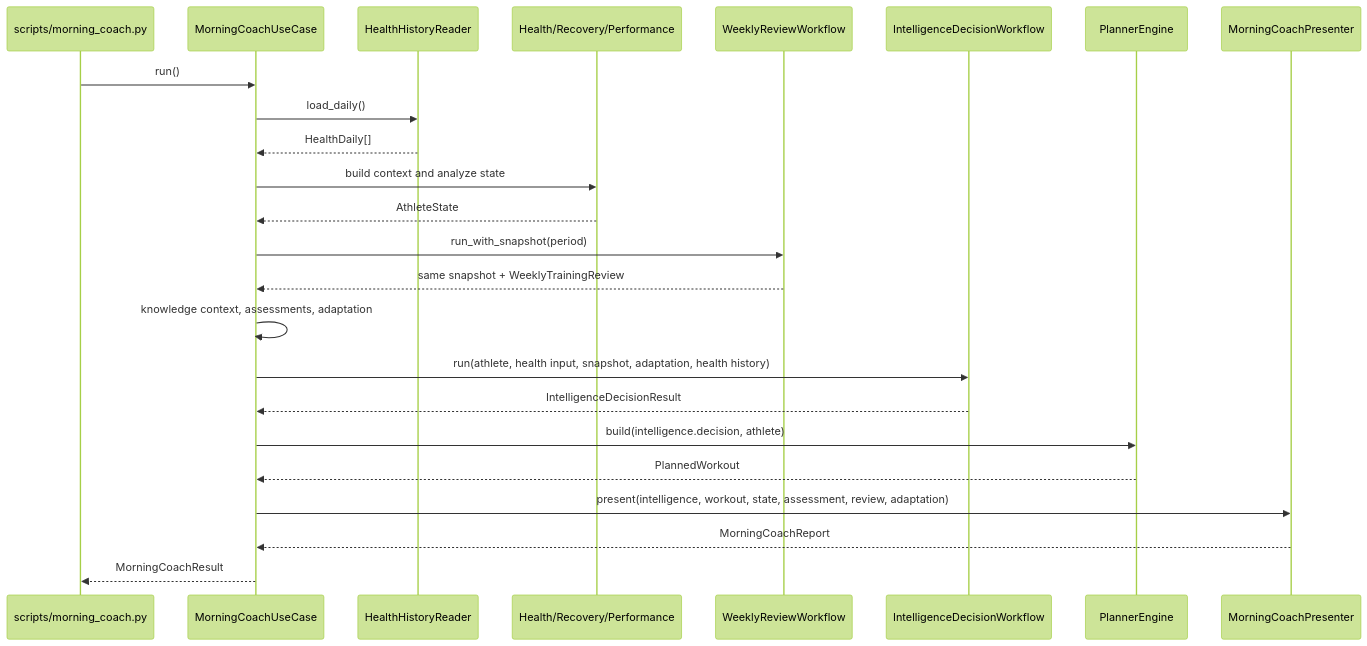
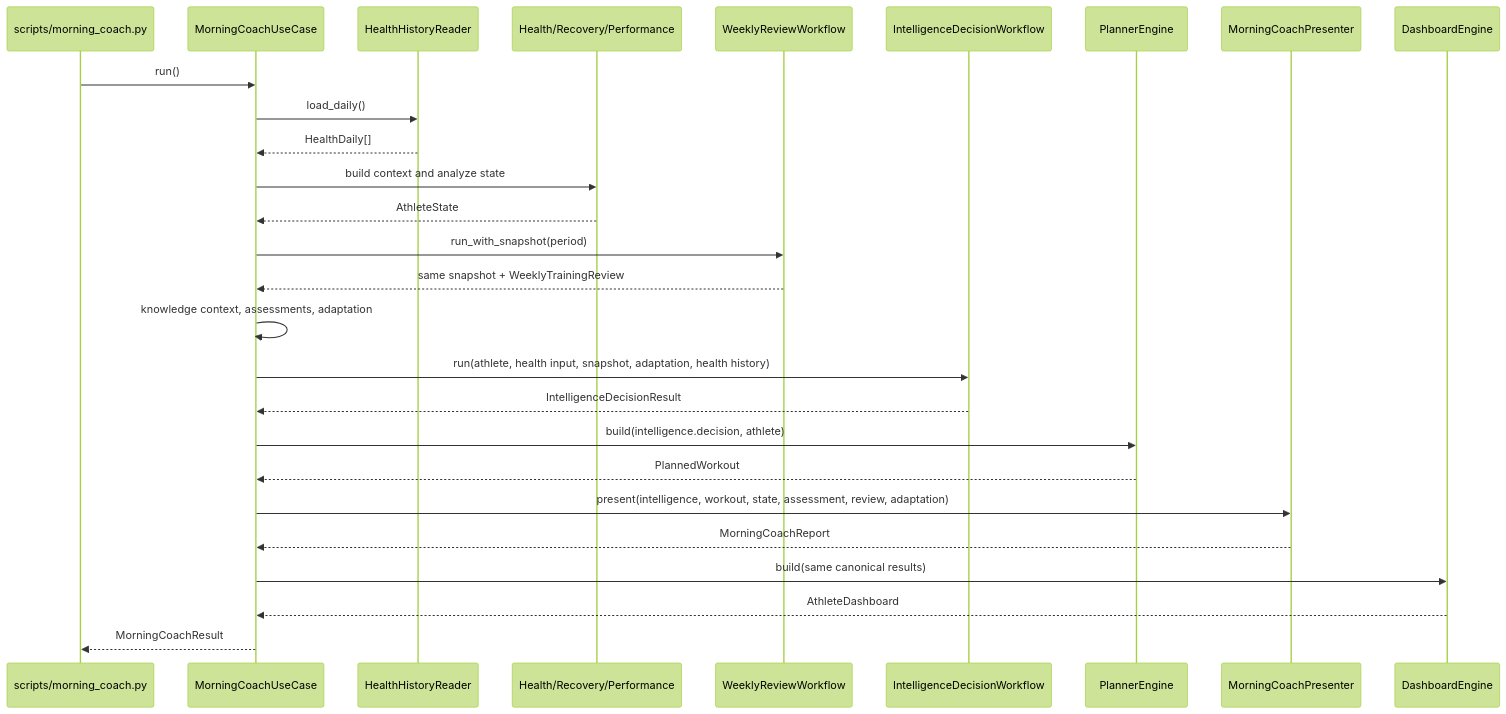
Before and after one commit to tdg4dftypb-coder/athlete-platform: the fifth of 12 diagrams in docs/engineering/02-architecture.md, drawn with Mermaid (forest theme). The commit also changed other lines of this file and 4 other files, not shown here.

````diff
--- a/docs/engineering/02-architecture.md
+++ b/docs/engineering/02-architecture.md
@@ -406,27 +413,30 @@
 ```mermaid
 sequenceDiagram
     participant CLI as scripts/morning_coach.py
     participant MC as MorningCoachUseCase
     participant HR as HealthHistoryReader
     participant HS as Health/Recovery/Performance
     participant WR as WeeklyReviewWorkflow
     participant IW as IntelligenceDecisionWorkflow
     participant PL as PlannerEngine
     participant PR as MorningCoachPresenter
+    participant DB as DashboardEngine
 
     CLI->>MC: run()
     MC->>HR: load_daily()
     HR-->>MC: HealthDaily[]
     MC->>HS: build context and analyze state
     HS-->>MC: AthleteState
     MC->>WR: run_with_snapshot(period)
     WR-->>MC: same snapshot + WeeklyTrainingReview
     MC->>MC: knowledge context, assessments, adaptation
     MC->>IW: run(athlete, health input, snapshot, adaptation, health history)
     IW-->>MC: IntelligenceDecisionResult
     MC->>PL: build(intelligence.decision, athlete)
     PL-->>MC: PlannedWorkout
     MC->>PR: present(intelligence, workout, state, assessment, review, adaptation)
     PR-->>MC: MorningCoachReport
+    MC->>DB: build(same canonical results)
+    DB-->>MC: AthleteDashboard
     MC-->>CLI: MorningCoachResult
 ```
````
